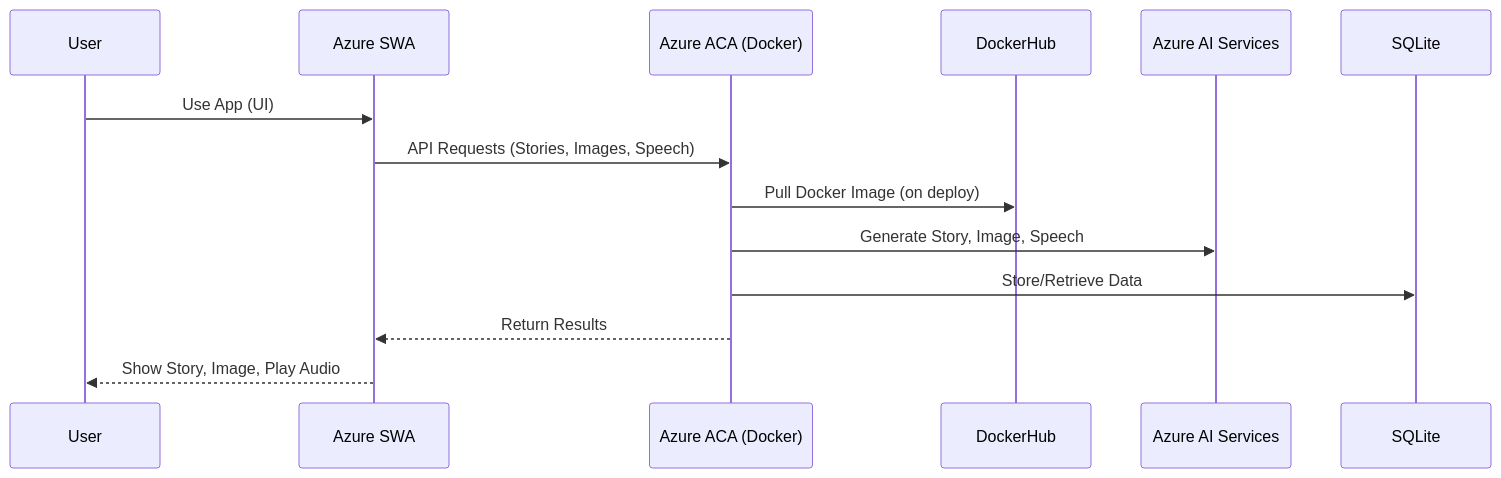
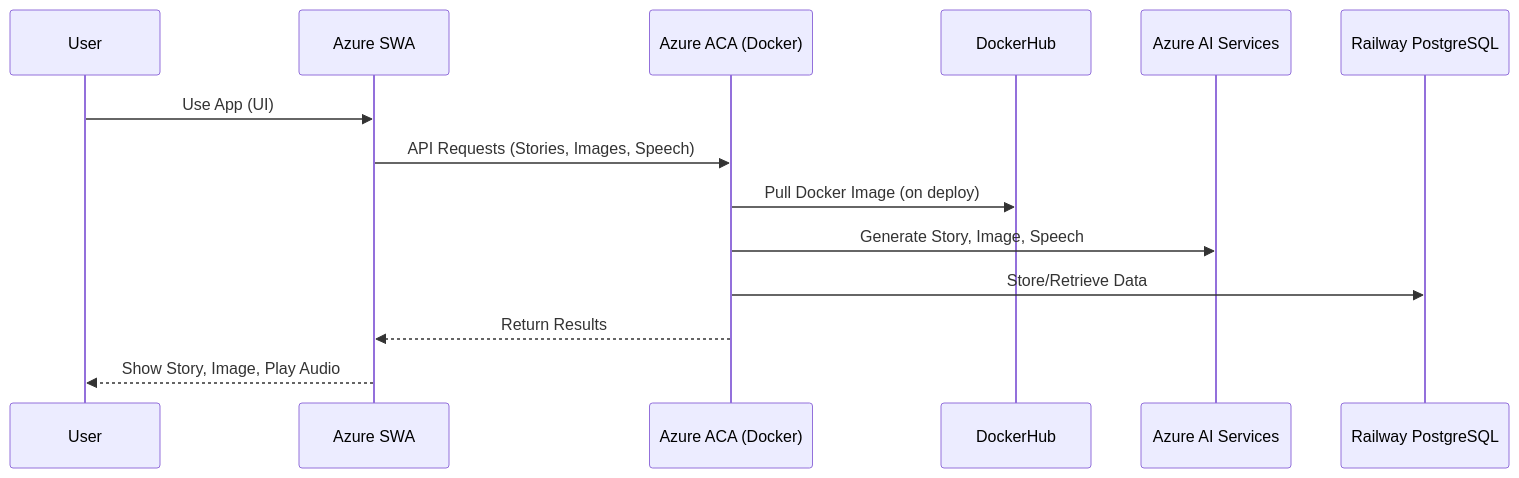
The second of 4 diagrams in README.md (ajmalrasouli/ai-storyteller), drawn with Mermaid before and after one commit. The commit also changed other lines of this file, not shown here.

````diff
--- a/README.md
+++ b/README.md
@@ -121,17 +125,17 @@
 ```mermaid
 sequenceDiagram
     participant User
     participant Frontend as Azure SWA
     participant Backend as Azure ACA (Docker)
     participant DockerHub
     participant AzureAI as Azure AI Services
-    participant DB as SQLite
+    participant DB as Railway PostgreSQL
 
     User->>Frontend: Use App (UI)
     Frontend->>Backend: API Requests (Stories, Images, Speech)
     Backend->>DockerHub: Pull Docker Image (on deploy)
     Backend->>AzureAI: Generate Story, Image, Speech
     Backend->>DB: Store/Retrieve Data
     Backend-->>Frontend: Return Results
     Frontend-->>User: Show Story, Image, Play Audio
 ```
````
